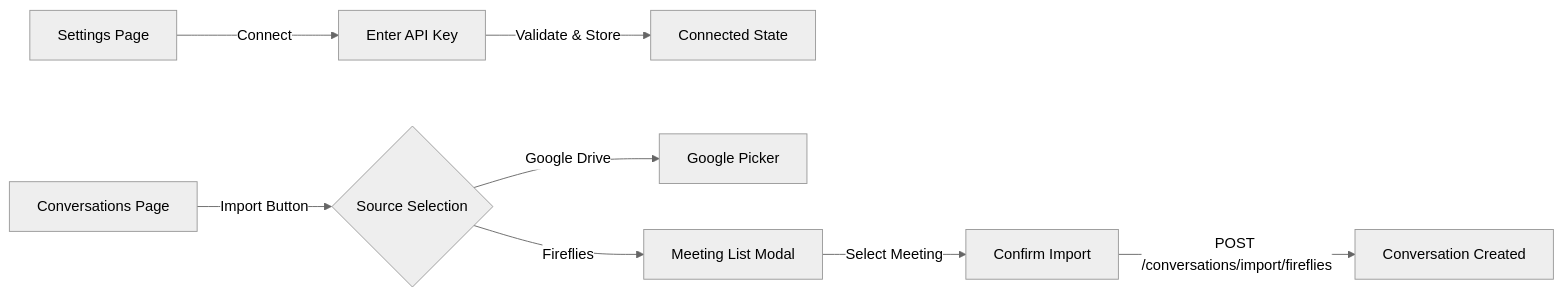
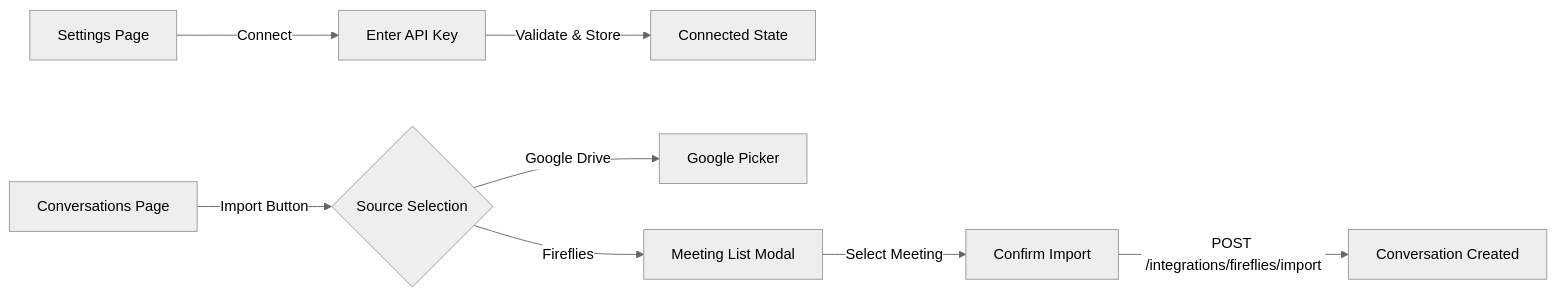
Before and after one commit to garethrhughes/converser: the third of 3 diagrams in docs/proposals/0009-fireflies-transcript-import.md, drawn with Mermaid (neutral theme). The commit also changed other lines of this file and 6 other files, not shown here.

````diff
--- a/docs/proposals/0009-fireflies-transcript-import.md
+++ b/docs/proposals/0009-fireflies-transcript-import.md
@@ -188,11 +188,11 @@
 ```mermaid
 flowchart LR
     A[Settings Page] -->|Connect| B[Enter API Key]
     B -->|Validate & Store| C[Connected State]
     
     D[Conversations Page] -->|Import Button| E{Source Selection}
     E -->|Google Drive| F[Google Picker]
     E -->|Fireflies| G[Meeting List Modal]
     G -->|Select Meeting| H[Confirm Import]
-    H -->|POST /conversations/import/fireflies| I[Conversation Created]
+    H -->|POST /integrations/fireflies/import| I[Conversation Created]
 ```
````
